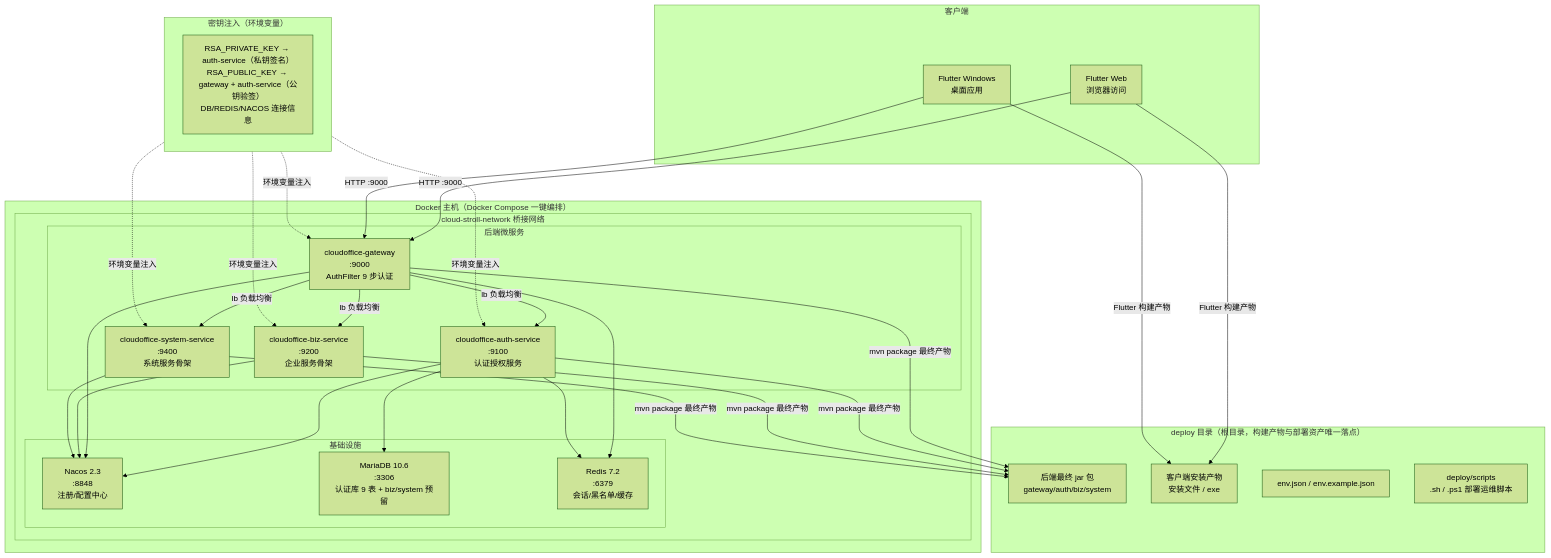
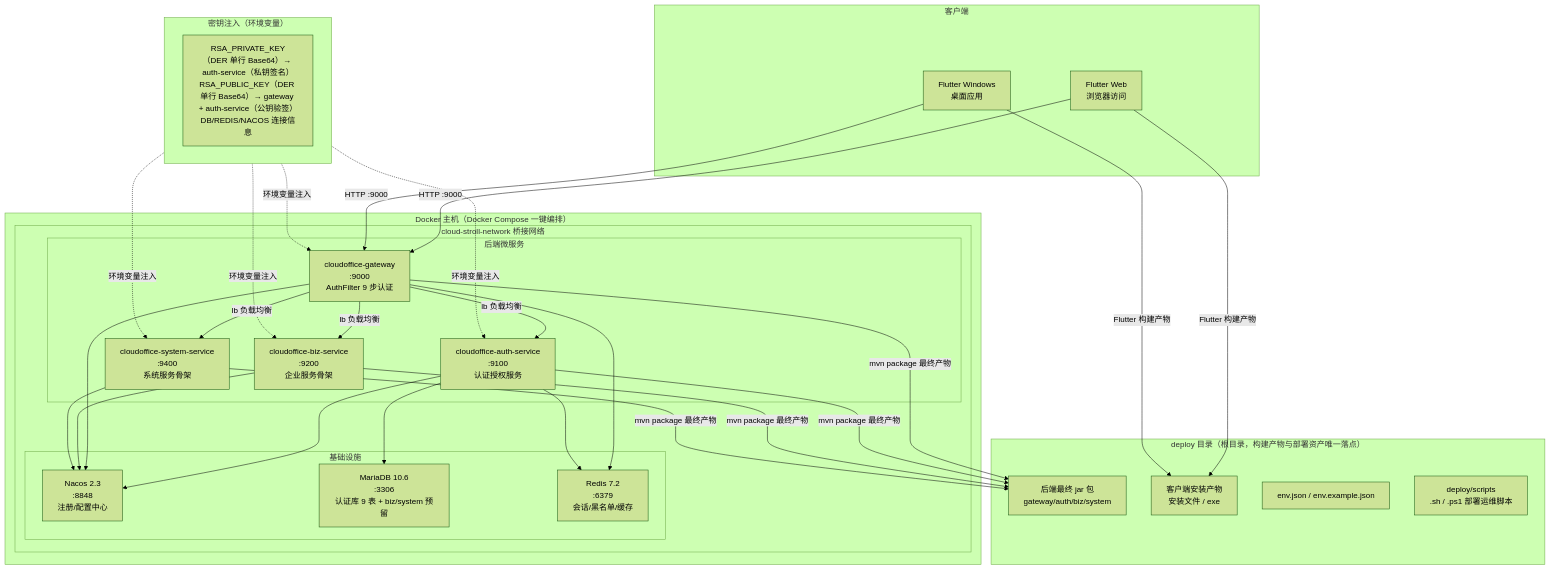
The fourth of 7 diagrams in docs/sad.md (CloudStrolling/CloudStrollOffice), drawn with Mermaid (forest theme) before and after one commit. The commit also changed other lines of this file and 75 other files, not shown here.

````diff
--- a/docs/sad.md
+++ b/docs/sad.md
@@ -152,57 +153,57 @@
 ```mermaid
 flowchart TB
     subgraph DockerHost["Docker 主机（Docker Compose 一键编排）"]
         subgraph Net["cloud-stroll-network 桥接网络"]
             subgraph Infra["基础设施"]
                 N["Nacos 2.3<br/>:8848<br/>注册/配置中心"]
                 M["MariaDB 10.6<br/>:3306<br/>认证库 9 表 + biz/system 预留"]
                 R["Redis 7.2<br/>:6379<br/>会话/黑名单/缓存"]
             end
             subgraph Services["后端微服务"]
                 G["cloudoffice-gateway<br/>:9000<br/>AuthFilter 9 步认证"]
                 A["cloudoffice-auth-service<br/>:9100<br/>认证授权服务"]
                 B["cloudoffice-biz-service<br/>:9200<br/>企业服务骨架"]
                 S["cloudoffice-system-service<br/>:9400<br/>系统服务骨架"]
             end
         end
     end
 
     subgraph Clients["客户端"]
         WEB["Flutter Web<br/>浏览器访问"]
         WIN["Flutter Windows<br/>桌面应用"]
     end
 
     WEB -->|"HTTP :9000"| G
     WIN -->|"HTTP :9000"| G
     G -->|"lb 负载均衡"| A
     G -->|"lb 负载均衡"| B
     G -->|"lb 负载均衡"| S
     A --> M
     G --> R
     A --> R
     A --> N
     G --> N
     B --> N
     S --> N
 
     subgraph Env["密钥注入（环境变量）"]
-        K["RSA_PRIVATE_KEY → auth-service（私钥签名）<br/>RSA_PUBLIC_KEY → gateway + auth-service（公钥验签）<br/>DB/REDIS/NACOS 连接信息"]
+        K["RSA_PRIVATE_KEY（DER 单行 Base64）→ auth-service（私钥签名）<br/>RSA_PUBLIC_KEY（DER 单行 Base64）→ gateway + auth-service（公钥验签）<br/>DB/REDIS/NACOS 连接信息"]
     end
     Env -.->|"环境变量注入"| G
     Env -.->|"环境变量注入"| A
     Env -.->|"环境变量注入"| B
     Env -.->|"环境变量注入"| S
 
     subgraph Artifacts["deploy 目录（根目录，构建产物与部署资产唯一落点）"]
         JAR["后端最终 jar 包<br/>gateway/auth/biz/system"]
         CLI["客户端安装产物<br/>安装文件 / exe"]
         ENVF["env.json / env.example.json"]
         SCR["deploy/scripts<br/>.sh / .ps1 部署运维脚本"]
     end
     G -->|"mvn package 最终产物"| JAR
     A -->|"mvn package 最终产物"| JAR
     B -->|"mvn package 最终产物"| JAR
     S -->|"mvn package 最终产物"| JAR
     WEB -->|"Flutter 构建产物"| CLI
     WIN -->|"Flutter 构建产物"| CLI
 ```
````
